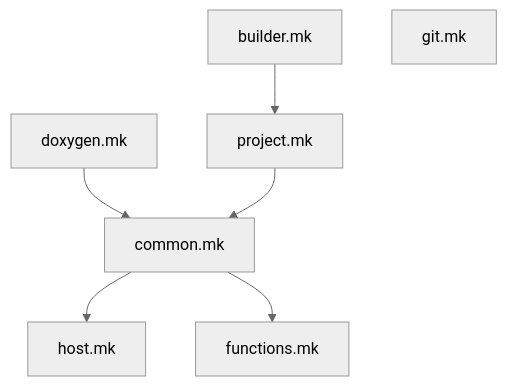
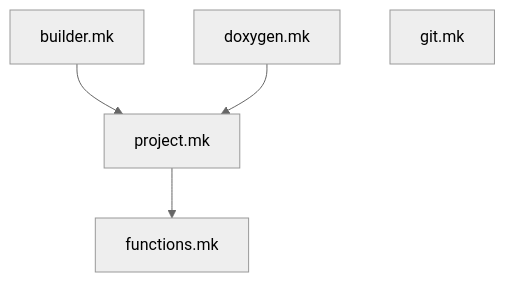
One commit to ljbo82/c-cpp-gcc-builder changed the diagram in README.md. Above: the diagram before and after it, drawn with Mermaid (neutral theme). The commit also changed other lines of this file, not shown here.

````diff
--- a/README.md
+++ b/README.md
@@ -71,9 +72,7 @@
 ```mermaid
 graph TD;
     builder.mk-->project.mk;
-    common.mk-->host.mk;
-    common.mk-->functions.mk;
-    doxygen.mk-->common.mk;
+    project.mk-->functions.mk;
+    doxygen.mk-->project.mk;
     git.mk;
-    project.mk-->common.mk;
 ```
````
